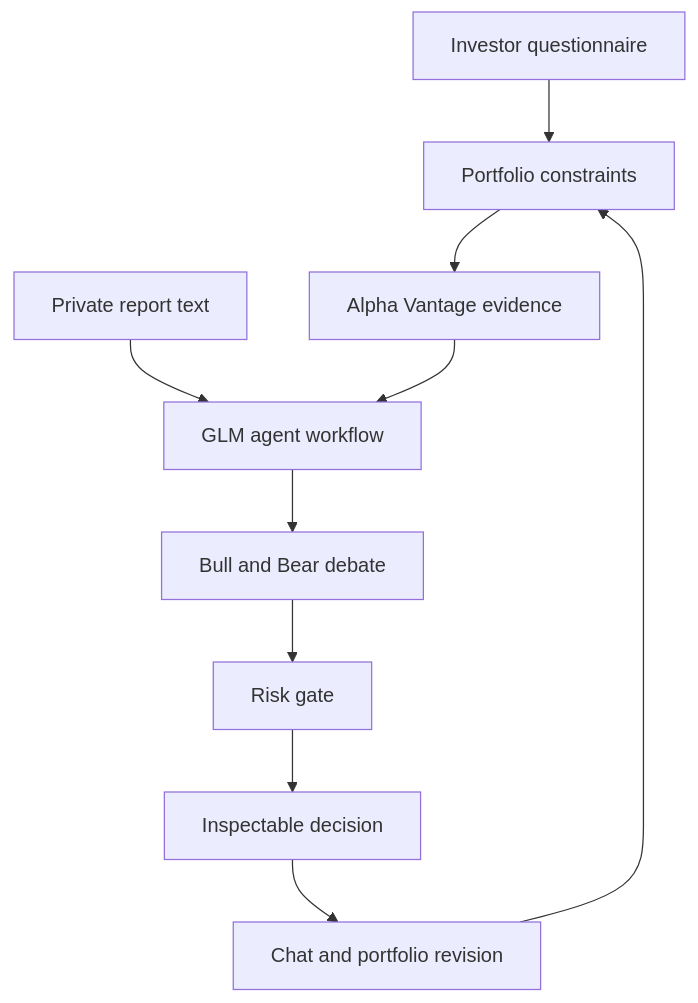
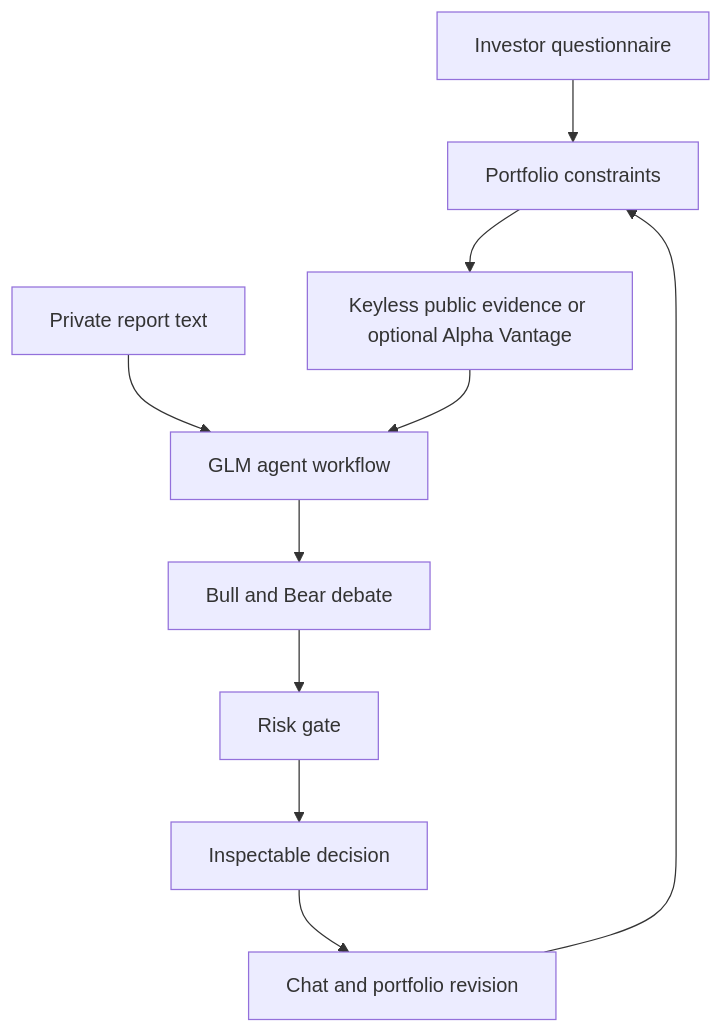
The diagram in README.md (shiwenwang523/clarityinvest-web), drawn with Mermaid before and after one commit. The commit also changed other lines of this file and 5 other files, not shown here.

Commit message:
Add keyless public market updates

````diff
--- a/README.md
+++ b/README.md
@@ -73,12 +75,12 @@
 ```mermaid
 flowchart TD
     A[Investor questionnaire] --> B[Portfolio constraints]
-    B --> C[Alpha Vantage evidence]
+    B --> C[Keyless public evidence or optional Alpha Vantage]
     D[Private report text] --> E[GLM agent workflow]
     C --> E
     E --> F[Bull and Bear debate]
     F --> G[Risk gate]
     G --> H[Inspectable decision]
     H --> I[Chat and portfolio revision]
     I --> B
 ```
````
